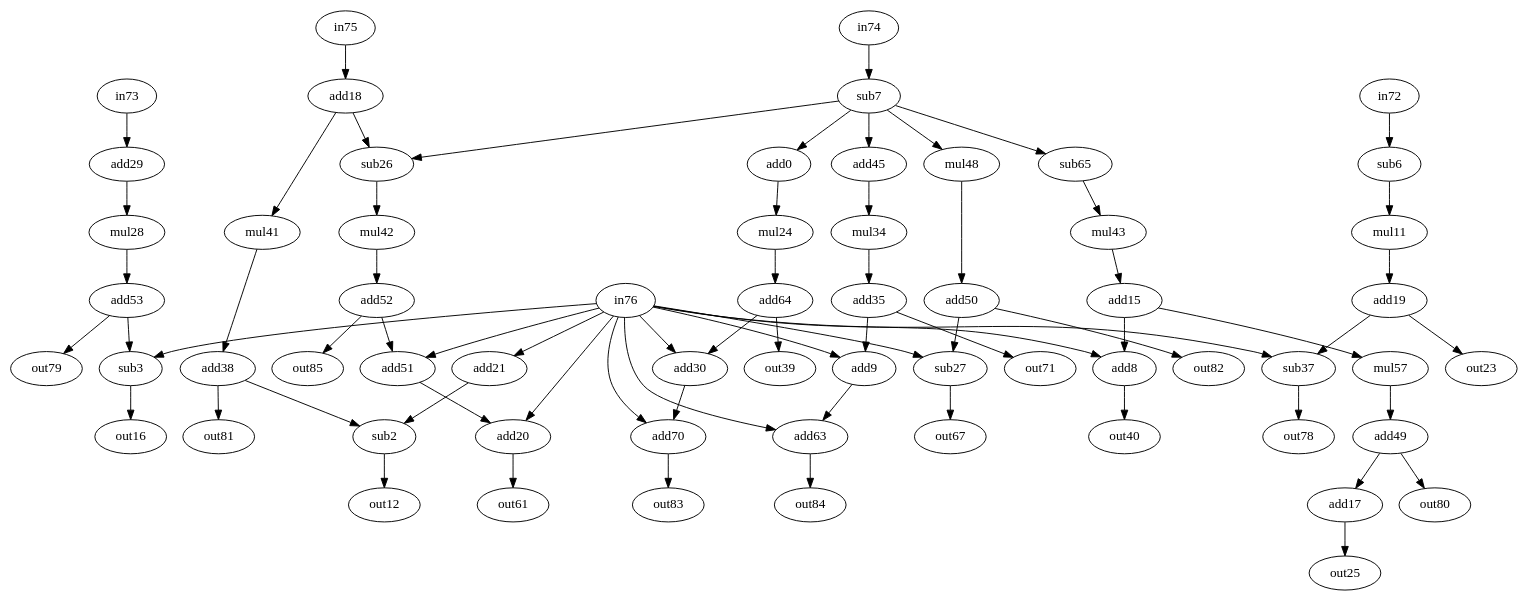
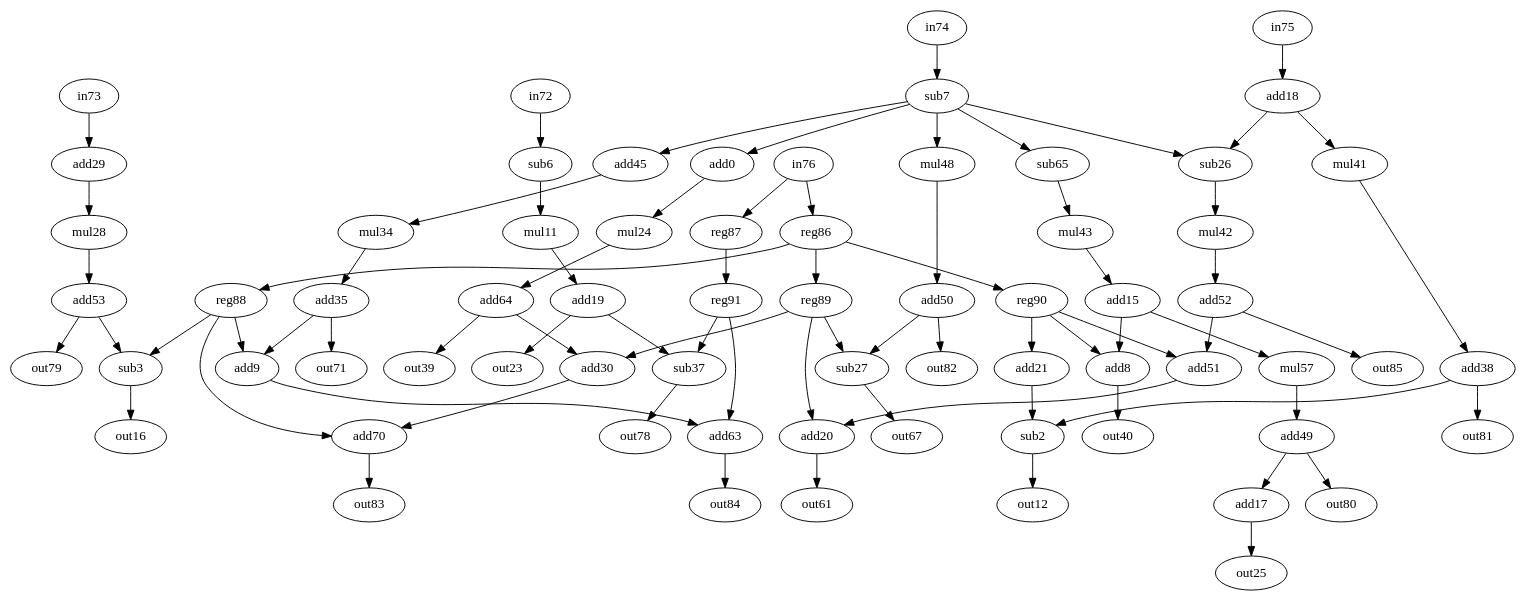
One commit to jeronimopenha/traversal_project changed the diagram in bench/test_bench/assincrono/collapse_pyr.dot. Above: the diagram before and after it, drawn with Graphviz. The commit also changed 14 other files, not shown here.

```diff
--- a/bench/test_bench/assincrono/collapse_pyr.dot
+++ b/bench/test_bench/assincrono/collapse_pyr.dot
@@ -1,131 +1,143 @@
 strict digraph "collapse_pyr" {
 0 [alap=2, asap=2, label=add0, op=addi, value=2];
 2 [alap=4, asap=4, label=sub2, op=sub];
 3 [alap=4, asap=4, label=sub3, op=sub];
 6 [alap=1, asap=1, label=sub6, op=subi, value=2];
 7 [alap=1, asap=1, label=sub7, op=subi, value=2];
 8 [alap=5, asap=5, label=add8, op=add];
 9 [alap=5, asap=5, label=add9, op=add];
 11 [alap=2, asap=2, label=mul11, op=muli, value=2];
 12 [alap=5, asap=5, label=out12, op=out];
 15 [alap=4, asap=4, label=add15, op=addi, value=2];
 16 [alap=5, asap=5, label=out16, op=out];
 17 [alap=7, asap=7, label=add17, op=addi, value=2];
 18 [alap=1, asap=1, label=add18, op=addi, value=2];
 19 [alap=3, asap=3, label=add19, op=addi, value=2];
 20 [alap=6, asap=6, label=add20, op=add];
-21 [alap=3, asap=1, label=add21, op=addi, value=2];
+21 [alap=3, asap=3, label=add21, op=addi, value=2];
 23 [alap=4, asap=4, label=out23, op=out];
 24 [alap=3, asap=3, label=mul24, op=muli, value=2];
 25 [alap=8, asap=8, label=out25, op=out];
 26 [alap=2, asap=2, label=sub26, op=sub];
 27 [alap=4, asap=4, label=sub27, op=sub];
 28 [alap=2, asap=2, label=mul28, op=muli, value=2];
 29 [alap=1, asap=1, label=add29, op=addi, value=2];
 30 [alap=5, asap=5, label=add30, op=add];
 34 [alap=3, asap=3, label=mul34, op=muli, value=2];
 35 [alap=4, asap=4, label=add35, op=addi, value=2];
 37 [alap=4, asap=4, label=sub37, op=sub];
 38 [alap=3, asap=3, label=add38, op=addi, value=2];
 39 [alap=5, asap=5, label=out39, op=out];
 40 [alap=6, asap=6, label=out40, op=out];
 41 [alap=2, asap=2, label=mul41, op=muli, value=2];
 42 [alap=3, asap=3, label=mul42, op=muli, value=2];
 43 [alap=3, asap=3, label=mul43, op=muli, value=2];
 45 [alap=2, asap=2, label=add45, op=addi, value=2];
 48 [alap=2, asap=2, label=mul48, op=muli, value=2];
 49 [alap=6, asap=6, label=add49, op=addi, value=2];
 50 [alap=3, asap=3, label=add50, op=addi, value=2];
 51 [alap=5, asap=5, label=add51, op=add];
 52 [alap=4, asap=4, label=add52, op=addi, value=2];
 53 [alap=3, asap=3, label=add53, op=addi, value=2];
 57 [alap=5, asap=5, label=mul57, op=muli, value=2];
 61 [alap=7, asap=7, label=out61, op=out];
 63 [alap=6, asap=6, label=add63, op=add];
 64 [alap=4, asap=4, label=add64, op=addi, value=2];
 65 [alap=2, asap=2, label=sub65, op=subi, value=2];
 67 [alap=5, asap=5, label=out67, op=out];
 70 [alap=6, asap=6, label=add70, op=add];
 71 [alap=5, asap=5, label=out71, op=out];
 72 [alap=0, asap=0, label=in72, op=in];
 73 [alap=0, asap=0, label=in73, op=in];
 74 [alap=0, asap=0, label=in74, op=in];
 75 [alap=0, asap=0, label=in75, op=in];
-76 [alap=2, asap=0, label=in76, op=in];
+76 [alap=0, asap=0, label=in76, op=in];
 78 [alap=5, asap=5, label=out78, op=out];
 79 [alap=4, asap=4, label=out79, op=out];
 80 [alap=7, asap=7, label=out80, op=out];
 81 [alap=4, asap=4, label=out81, op=out];
 82 [alap=4, asap=4, label=out82, op=out];
 83 [alap=7, asap=7, label=out83, op=out];
 84 [alap=7, asap=7, label=out84, op=out];
 85 [alap=5, asap=5, label=out85, op=out];
+86 [alap=1, asap=1, label=reg86, op=reg];
+87 [alap=2, asap=1, label=reg87, op=reg];
+88 [alap=3, asap=2, label=reg88, op=reg];
+89 [alap=3, asap=2, label=reg89, op=reg];
+90 [alap=2, asap=2, label=reg90, op=reg];
+91 [alap=3, asap=2, label=reg91, op=reg];
 0 -> 24  [port=0, w=0];
 2 -> 12  [port=0, w=0];
 3 -> 16  [port=0, w=0];
 6 -> 11  [port=0, w=0];
 7 -> 0  [port=0, w=0];
 7 -> 26  [port=0, w=0];
 7 -> 45  [port=0, w=0];
 7 -> 48  [port=0, w=0];
 7 -> 65  [port=0, w=0];
 8 -> 40  [port=0, w=0];
 9 -> 63  [port=0, w=0];
 11 -> 19  [port=0, w=0];
 15 -> 8  [port=0, w=0];
 15 -> 57  [port=0, w=0];
 17 -> 25  [port=0, w=0];
 18 -> 26  [port=1, w=0];
 18 -> 41  [port=0, w=0];
 19 -> 23  [port=0, w=0];
 19 -> 37  [port=0, w=0];
 20 -> 61  [port=0, w=0];
 21 -> 2  [port=0, w=0];
 24 -> 64  [port=0, w=0];
 26 -> 42  [port=0, w=0];
 27 -> 67  [port=0, w=0];
 28 -> 53  [port=0, w=0];
 29 -> 28  [port=0, w=0];
 30 -> 70  [port=0, w=0];
 34 -> 35  [port=0, w=0];
 35 -> 9  [port=0, w=0];
 35 -> 71  [port=0, w=0];
 37 -> 78  [port=0, w=0];
 38 -> 2  [port=1, w=0];
 38 -> 81  [port=0, w=0];
 41 -> 38  [port=0, w=0];
 42 -> 52  [port=0, w=0];
 43 -> 15  [port=0, w=0];
 45 -> 34  [port=0, w=0];
 48 -> 50  [port=0, w=0];
 49 -> 80  [port=0, w=0];
 49 -> 17  [port=0, w=0];
 50 -> 27  [port=0, w=0];
 50 -> 82  [port=0, w=0];
 51 -> 20  [port=0, w=0];
 52 -> 51  [port=0, w=0];
 52 -> 85  [port=0, w=0];
 53 -> 3  [port=0, w=0];
 53 -> 79  [port=0, w=0];
 57 -> 49  [port=0, w=0];
 63 -> 84  [port=0, w=0];
 64 -> 30  [port=0, w=0];
 64 -> 39  [port=0, w=0];
 65 -> 43  [port=0, w=0];
 70 -> 83  [port=0, w=0];
 72 -> 6  [port=0, w=0];
 73 -> 29  [port=0, w=0];
 74 -> 7  [port=0, w=0];
 75 -> 18  [port=0, w=0];
-76 -> 3  [port=1, w=0];
-76 -> 8  [port=1, w=0];
-76 -> 9  [port=1, w=0];
-76 -> 20  [port=1, w=0];
-76 -> 21  [port=0, w=0];
-76 -> 27  [port=1, w=0];
-76 -> 30  [port=1, w=0];
-76 -> 37  [port=1, w=0];
-76 -> 51  [port=1, w=0];
-76 -> 63  [port=1, w=0];
-76 -> 70  [port=1, w=0];
+76 -> 86  [port=0, w=0];
+76 -> 87  [port=0, w=0];
+86 -> 88  [port=0, w=0];
+86 -> 89  [port=0, w=0];
+86 -> 90  [port=0, w=0];
+87 -> 91  [port=0, w=0];
+88 -> 3  [port=1, w=0];
+88 -> 9  [port=1, w=0];
+88 -> 70  [port=1, w=0];
+89 -> 20  [port=1, w=0];
+89 -> 27  [port=1, w=0];
+89 -> 30  [port=1, w=0];
+90 -> 8  [port=1, w=0];
+90 -> 21  [port=0, w=0];
+90 -> 51  [port=1, w=0];
+91 -> 37  [port=1, w=0];
+91 -> 63  [port=1, w=0];
 }
```
